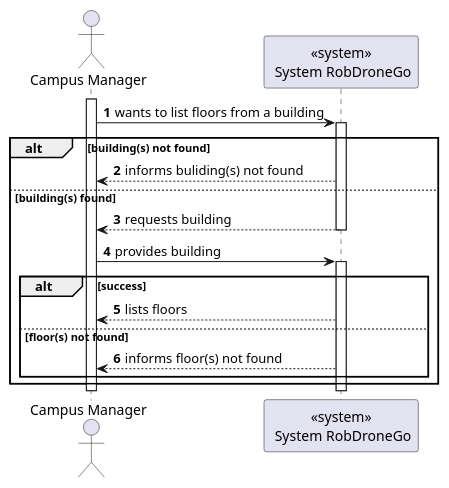
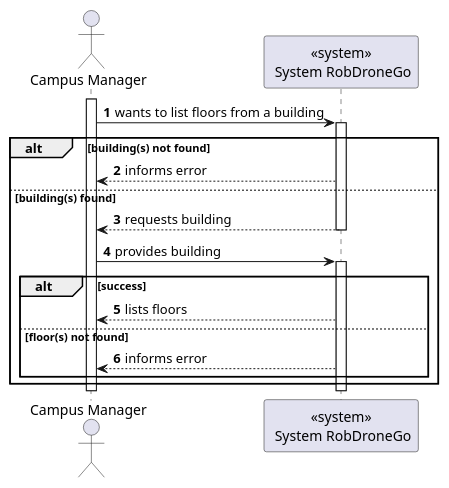
The diagram in docs/us1100/level1/process-view.puml (Departamento-de-Engenharia-Informatica/lapr5-23-24-g19), drawn with PlantUML before and after one commit. The commit also changed 5 other files, not shown here.

```diff
--- a/docs/us1100/level1/process-view.puml
+++ b/docs/us1100/level1/process-view.puml
@@ -1,28 +1,28 @@
 @startuml
 autonumber
 
 actor "Campus Manager" as usr
 
 participant "<<system>>\n System RobDroneGo" as sys
 
 activate usr
 usr -> sys : wants to list floors from a building
     activate sys
 alt building(s) not found
-    sys --> usr : informs buliding(s) not found
+    sys --> usr : informs error
 else building(s) found
         sys --> usr : requests building
     deactivate sys
 
     usr -> sys : provides building
     activate sys
     alt success
         sys --> usr : lists floors
     else floor(s) not found
-        sys --> usr : informs floor(s) not found
+        sys --> usr : informs error
     end
 end
     deactivate sys
 deactivate usr
 
 @enduml
```
